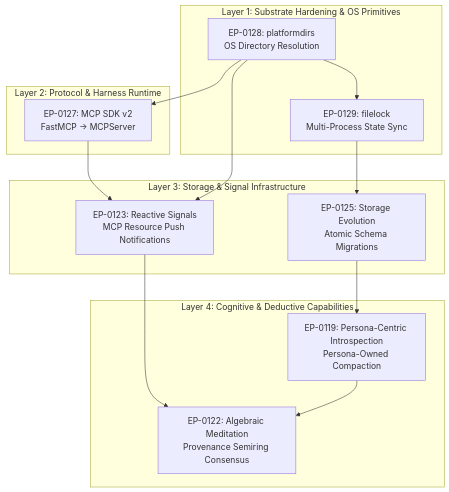
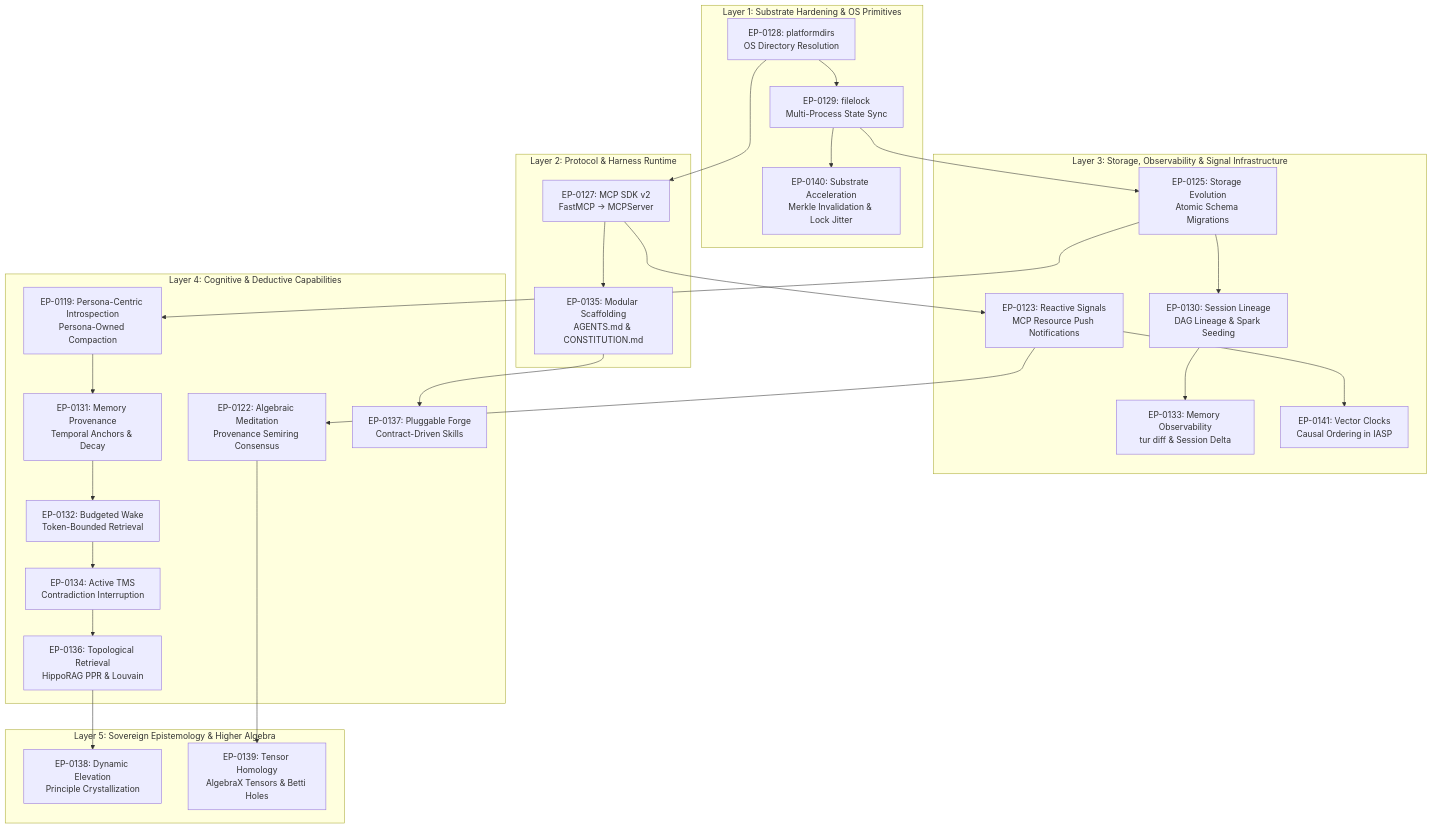
One commit to erivlis/tur changed the diagram in docs/proposals/EP-0002-roadmap.md. Above: the diagram before and after it, drawn with Mermaid. The commit also changed other lines of this file, not shown here.

First line of the commit message:
docs: synchronize roadmap with updated EPs and layered implementation trajectory

````diff
--- a/docs/proposals/EP-0002-roadmap.md
+++ b/docs/proposals/EP-0002-roadmap.md
@@ -53,30 +57,55 @@
 ```mermaid
 graph TD
-    subgraph Layer 1: Substrate Hardening & OS Primitives
+    subgraph L1 ["Layer 1: Substrate Hardening & OS Primitives"]
         EP0128[EP-0128: platformdirs<br/>OS Directory Resolution]
         EP0129[EP-0129: filelock<br/>Multi-Process State Sync]
+        EP0140[EP-0140: Substrate Acceleration<br/>Merkle Invalidation & Lock Jitter]
     end
 
-    subgraph Layer 2: Protocol & Harness Runtime
+    subgraph L2 ["Layer 2: Protocol & Harness Runtime"]
         EP0127[EP-0127: MCP SDK v2<br/>FastMCP -> MCPServer]
+        EP0135[EP-0135: Modular Scaffolding<br/>AGENTS.md & CONSTITUTION.md]
     end
 
-    subgraph Layer 3: Storage & Signal Infrastructure
+    subgraph L3 ["Layer 3: Storage, Observability & Signal Infrastructure"]
         EP0125[EP-0125: Storage Evolution<br/>Atomic Schema Migrations]
         EP0123[EP-0123: Reactive Signals<br/>MCP Resource Push Notifications]
+        EP0130[EP-0130: Session Lineage<br/>DAG Lineage & Spark Seeding]
+        EP0133[EP-0133: Memory Observability<br/>tur diff & Session Delta]
+        EP0141[EP-0141: Vector Clocks<br/>Causal Ordering in IASP]
     end
 
-    subgraph Layer 4: Cognitive & Deductive Capabilities
+    subgraph L4 ["Layer 4: Cognitive & Deductive Capabilities"]
         EP0119[EP-0119: Persona-Centric Introspection<br/>Persona-Owned Compaction]
         EP0122[EP-0122: Algebraic Meditation<br/>Provenance Semiring Consensus]
+        EP0131[EP-0131: Memory Provenance<br/>Temporal Anchors & Decay]
+        EP0132[EP-0132: Budgeted Wake<br/>Token-Bounded Retrieval]
+        EP0134[EP-0134: Active TMS<br/>Contradiction Interruption]
+        EP0136[EP-0136: Topological Retrieval<br/>HippoRAG PPR & Louvain]
+        EP0137[EP-0137: Pluggable Forge<br/>Contract-Driven Skills]
+    end
+
+    subgraph L5 ["Layer 5: Sovereign Epistemology & Higher Algebra"]
+        EP0138[EP-0138: Dynamic Elevation<br/>Principle Crystallization]
+        EP0139[EP-0139: Tensor Homology<br/>AlgebraX Tensors & Betti Holes]
     end
 
     EP0128 --> EP0129
+    EP0129 --> EP0140
     EP0128 --> EP0127
+    EP0127 --> EP0135
     EP0129 --> EP0125
     EP0127 --> EP0123
-    EP0128 --> EP0123
+    EP0123 --> EP0141
+    EP0125 --> EP0130
+    EP0130 --> EP0133
     EP0125 --> EP0119
     EP0123 --> EP0122
-    EP0119 --> EP0122
+    EP0119 --> EP0131
+    EP0131 --> EP0132
+    EP0132 --> EP0134
+    EP0134 --> EP0136
+    EP0135 --> EP0137
+    EP0136 --> EP0138
+    EP0122 --> EP0139
 ```
````
